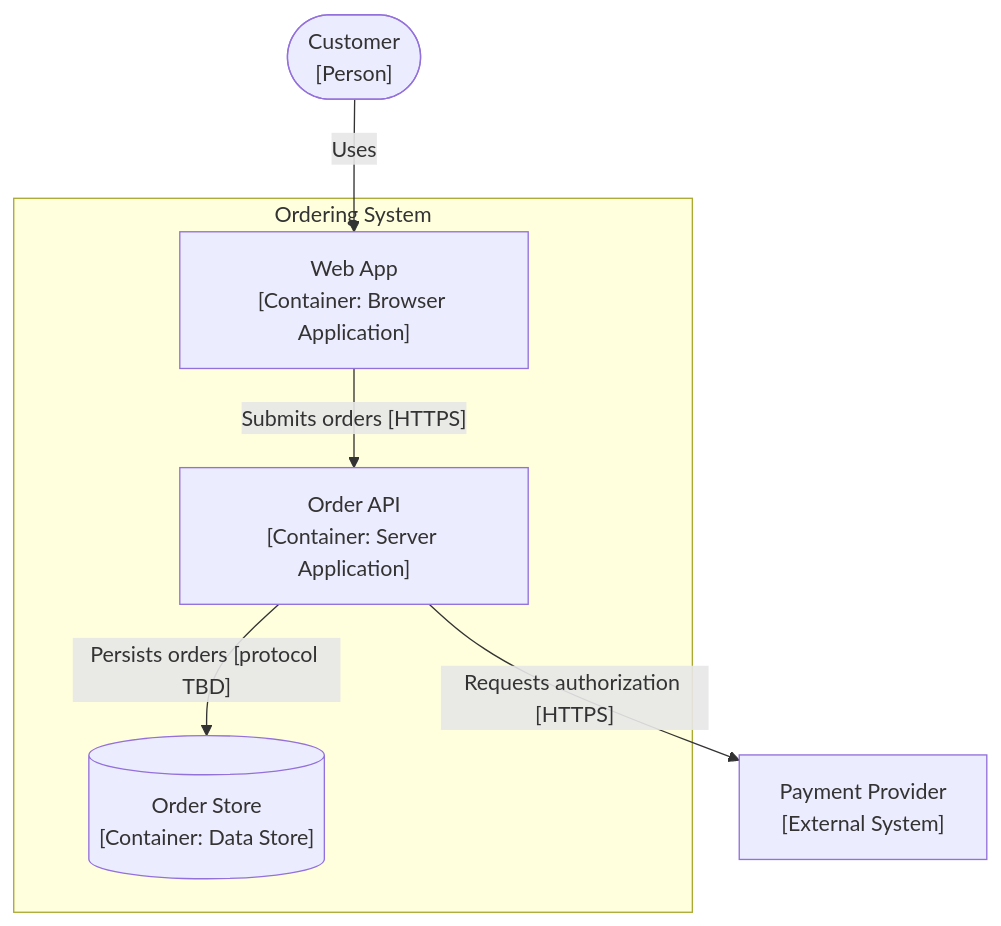
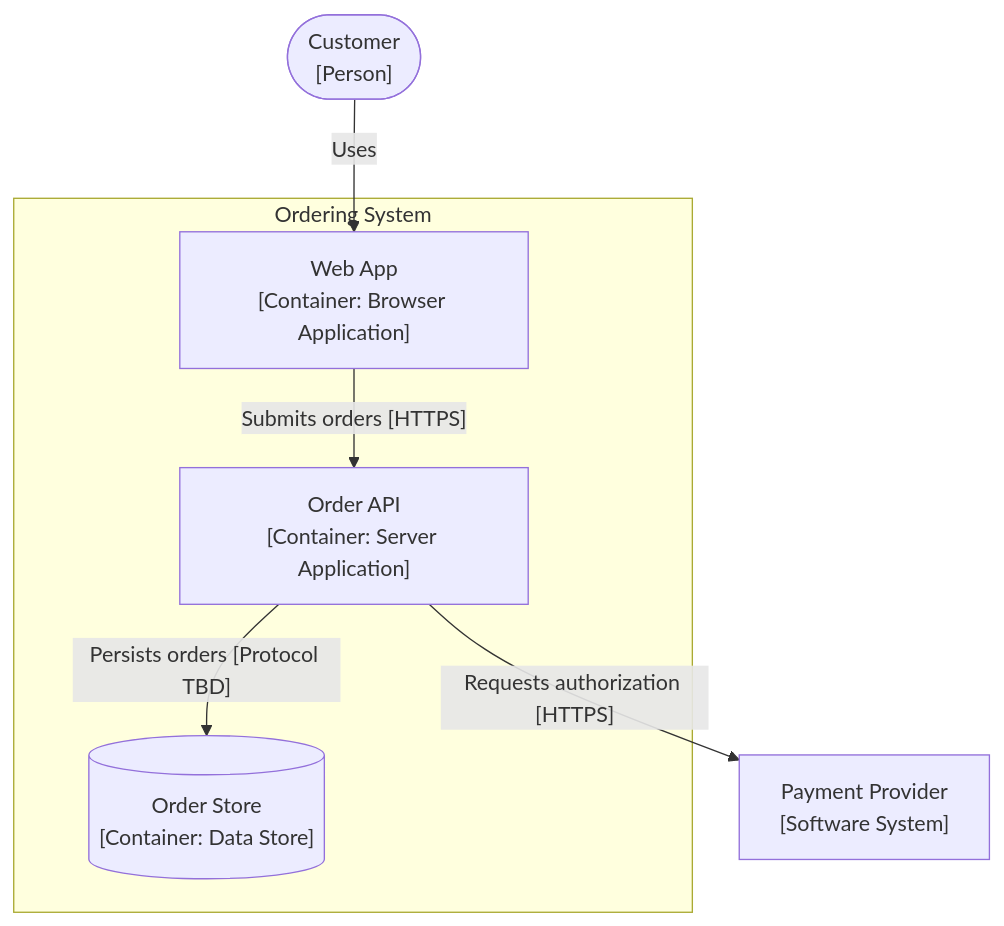
The second of 4 diagrams in skills/evolutionary-architecture-design/references/views-and-diagrams.md (phatnguyen975/agenix), drawn with Mermaid before and after one commit. The commit also changed other lines of this file and 6 other files, not shown here.

Commit message:
chore(skills): optimize content of evolutionary-architecture-design

````diff
--- a/skills/evolutionary-architecture-design/references/views-and-diagrams.md
+++ b/skills/evolutionary-architecture-design/references/views-and-diagrams.md
@@ -58,14 +58,14 @@
 ```mermaid
 flowchart TB
   customer(["Customer<br/>[Person]"])
-  provider["Payment Provider<br/>[External System]"]
+  provider["Payment Provider<br/>[Software System]"]
   subgraph orderSys["Ordering System"]
     web["Web App<br/>[Container: Browser Application]"]
     api["Order API<br/>[Container: Server Application]"]
     store[("Order Store<br/>[Container: Data Store]")]
   end
   customer -->|"Uses"| web
   web -->|"Submits orders [HTTPS]"| api
-  api -->|"Persists orders [protocol TBD]"| store
+  api -->|"Persists orders [Protocol TBD]"| store
   api -->|"Requests authorization [HTTPS]"| provider
 ```
````
